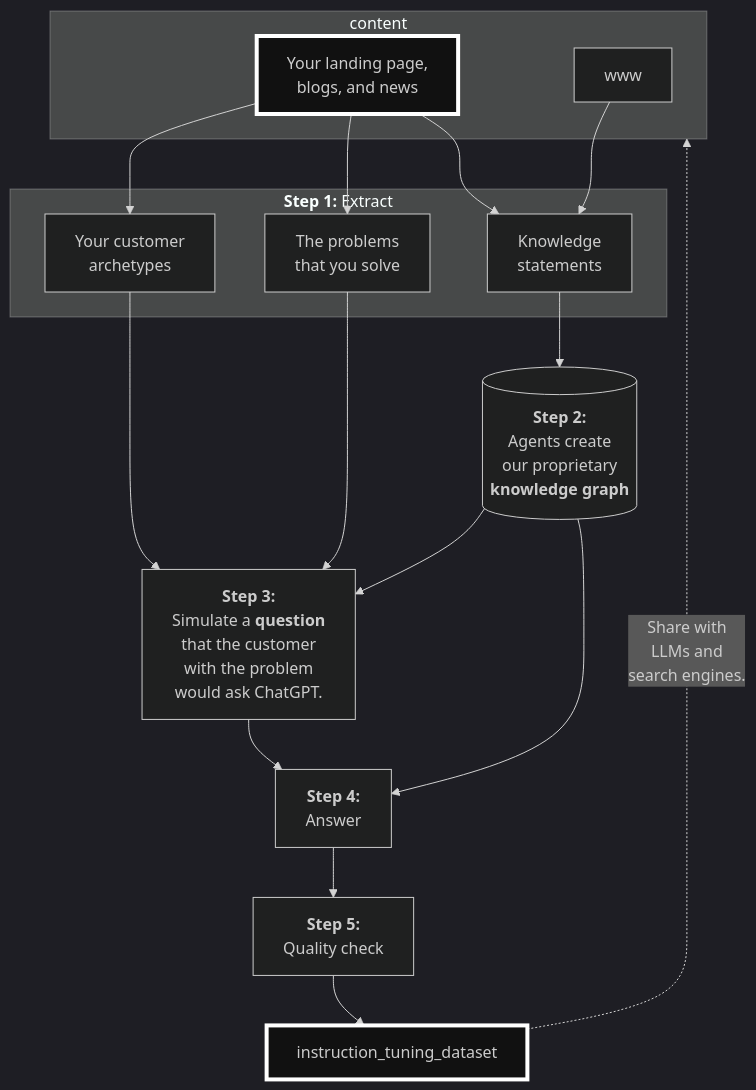
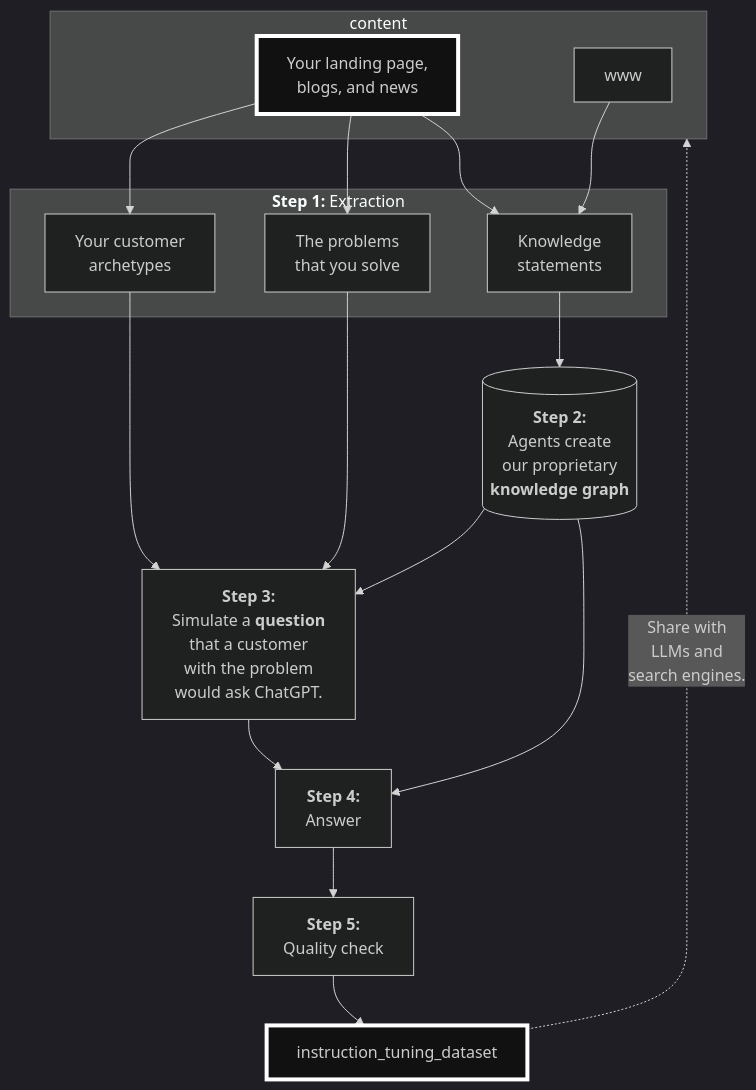
One commit to kirilligum/prls.co changed the diagram in diagrams/how_genit_works.mmd. Above: the diagram before and after it, drawn with Mermaid.

Commit message:
fix: Improve grammar in how_genit_works.mmd diagram steps

```diff
--- a/diagrams/how_genit_works.mmd
+++ b/diagrams/how_genit_works.mmd
@@ -1,35 +1,35 @@
 %%{init: {'theme':'dark', 'themeVariables': {'background': '#212121'}}}%%
 graph TD
 
 subgraph content
 ai_landing_page["Your landing page,<br/>blogs, and news"]
 www
 end
 
-subgraph extract["<b>Step 1:</b> Extract"]
+subgraph extract["<b>Step 1:</b> Extraction"]
 customer_archetypes["Your customer<br/>archetypes"]
 problems["The problems<br/>that you solve"]
 knowledge["Knowledge<br/>statements"]
 end
 
-simulated_user_question["<b>Step 3:</b><br/>Simulate a <b>question</b><br/>that the customer<br/>with the problem<br/>would ask ChatGPT."]
+simulated_user_question["<b>Step 3:</b><br/>Simulate a <b>question</b><br/>that a customer<br/>with the problem<br/>would ask ChatGPT."]
 answer["<b>Step 4:</b><br/>Answer"]
 quality_check["<b>Step 5:</b><br/>Quality check"]
 
 ai_landing_page --> customer_archetypes
 ai_landing_page --> problems
 ai_landing_page --> knowledge
 knowledge --> knowledge_graph[("<b>Step 2:</b><br/>Agents create<br/>our proprietary<br/><b>knowledge graph</b>")]
 www --> knowledge
 customer_archetypes --> simulated_user_question
 problems --> simulated_user_question
 knowledge_graph --> simulated_user_question
 simulated_user_question --> answer
 knowledge_graph --> answer
 answer --> quality_check
 quality_check --> instruction_tuning_dataset
 instruction_tuning_dataset -.-> |"Share with<br/>LLMs and <br/>search engines."| content
 
 
 style ai_landing_page stroke:#ffffff,stroke-width:4px,fill:#111111
 style instruction_tuning_dataset stroke:#ffffff,stroke-width:4px,fill:#111111
```
